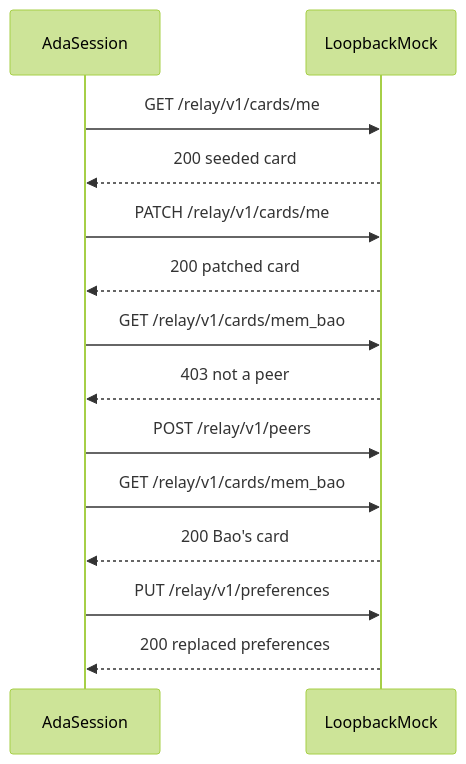
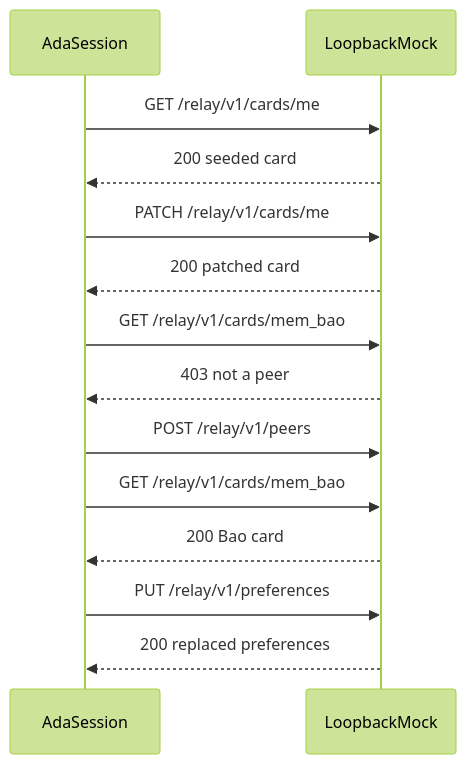
Before and after one commit to NPS-Dive/lumen-relay-quality-harness: the fifth of 5 diagrams in docs/architecture/flows.md, drawn with Mermaid (forest theme). The commit also changed other lines of this file and 12 other files, not shown here.

First line of the commit message:
fix: render architecture diagrams on GitHub

````diff
--- a/docs/architecture/flows.md
+++ b/docs/architecture/flows.md
@@ -80,16 +80,16 @@
 ```mermaid
 sequenceDiagram
   participant Ada as AdaSession
   participant Mock as LoopbackMock
   Ada->>Mock: GET /relay/v1/cards/me
   Mock-->>Ada: 200 seeded card
   Ada->>Mock: PATCH /relay/v1/cards/me
   Mock-->>Ada: 200 patched card
   Ada->>Mock: GET /relay/v1/cards/mem_bao
   Mock-->>Ada: 403 not a peer
   Ada->>Mock: POST /relay/v1/peers
   Ada->>Mock: GET /relay/v1/cards/mem_bao
-  Mock-->>Ada: 200 Bao's card
+  Mock-->>Ada: 200 Bao card
   Ada->>Mock: PUT /relay/v1/preferences
   Mock-->>Ada: 200 replaced preferences
 ```
````
